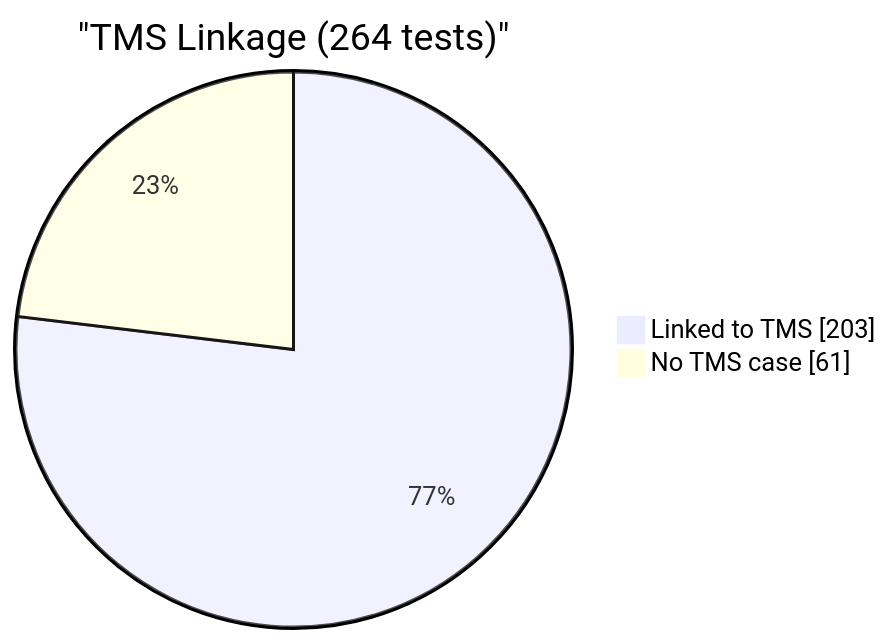
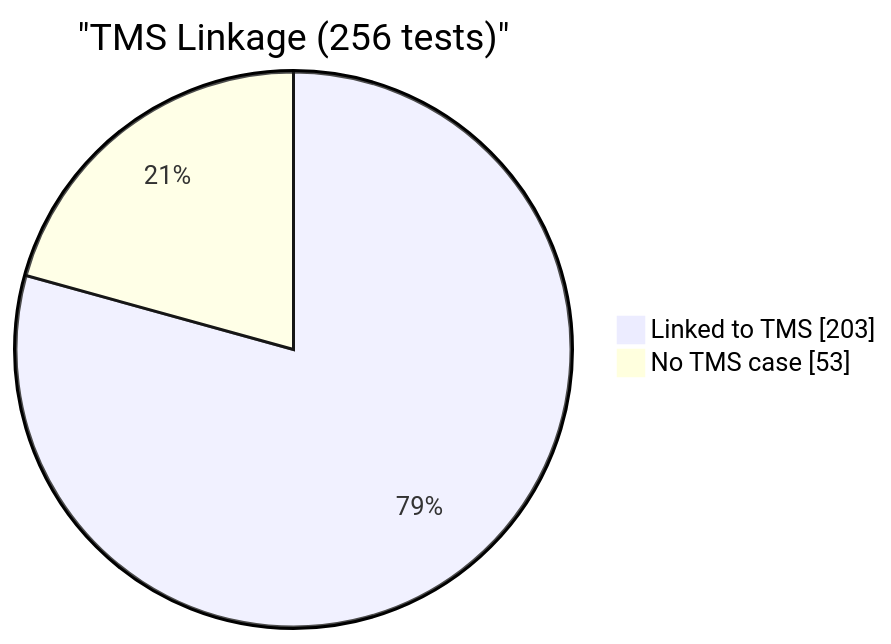
One commit to EliteaAI/onetest-ai-tm-Elitea changed the fourth of 4 diagrams in reports/dashboard.md. Above: the diagram before and after it, drawn with Mermaid. The commit also changed other lines of this file and 1 other file, not shown here.

````diff
--- a/reports/dashboard.md
+++ b/reports/dashboard.md
@@ -76,6 +76,6 @@
 ```mermaid
 pie showData
-    title "TMS Linkage (264 tests)"
+    title "TMS Linkage (256 tests)"
     "Linked to TMS" : 203
-    "No TMS case" : 61
+    "No TMS case" : 53
 ```
````
